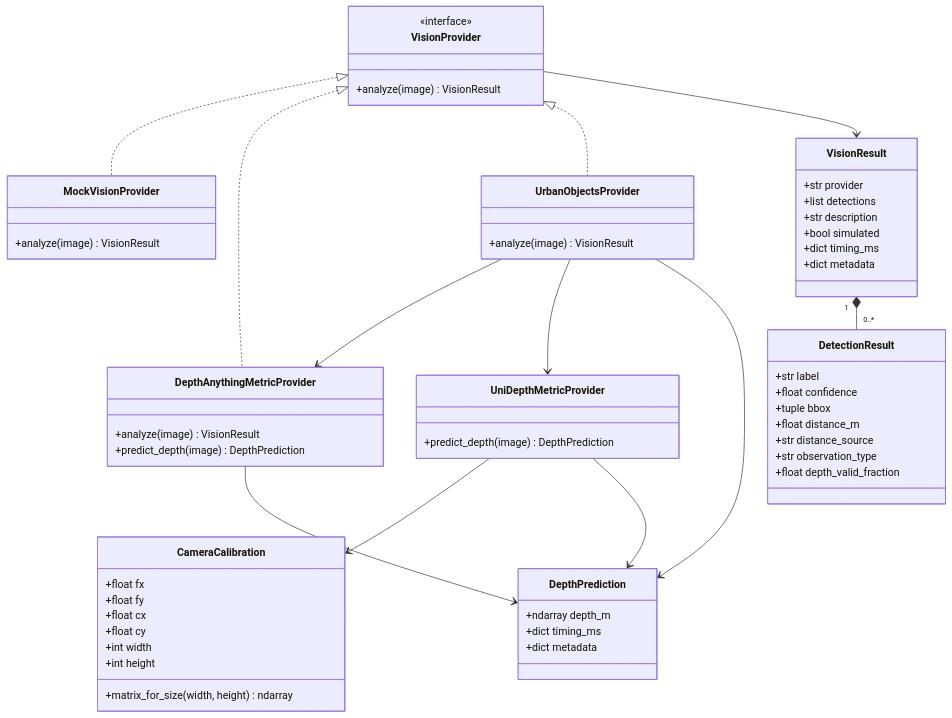
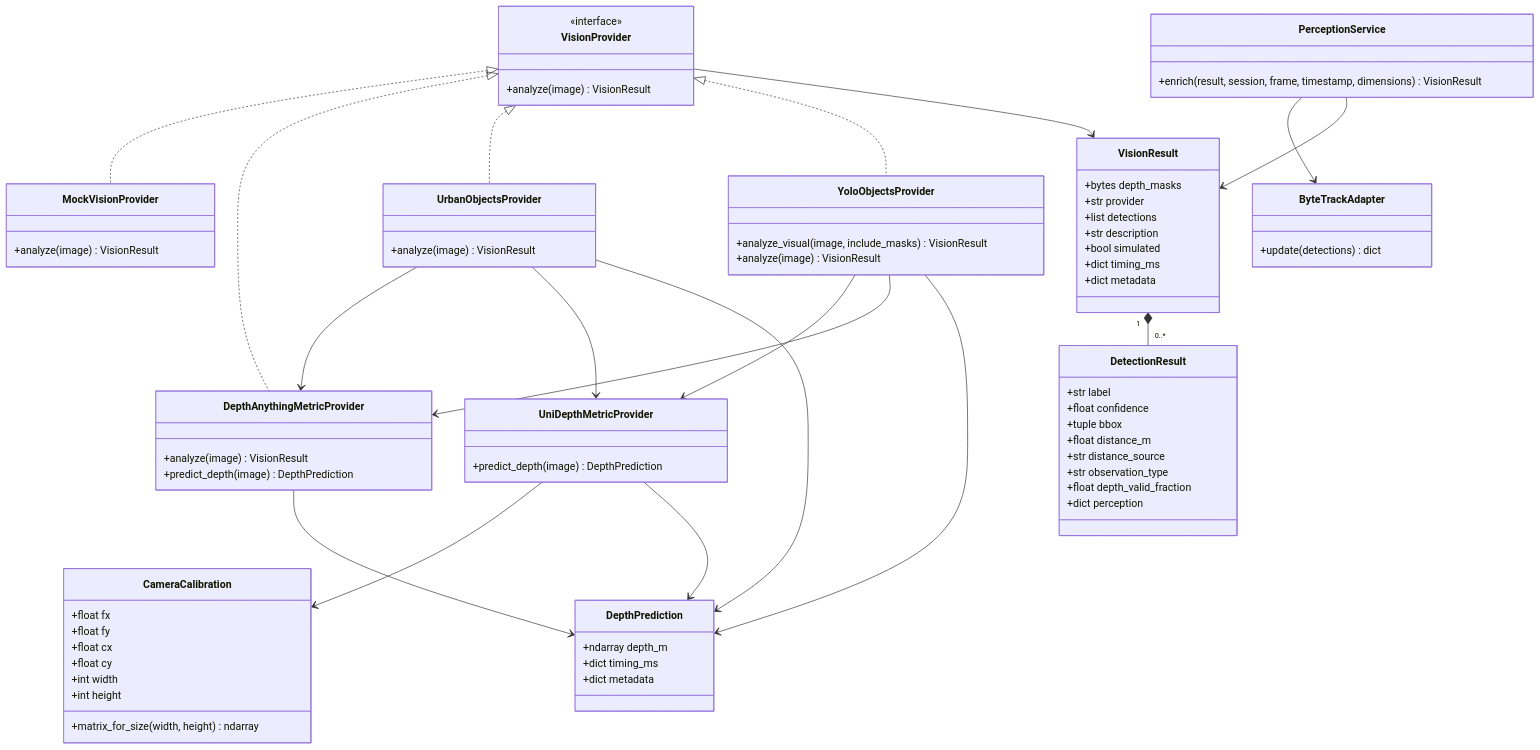
Before and after one commit to Mindsept/Looki--Vision: the diagram in docs/diagrams/05-classes-vision.mmd, drawn with Mermaid. The commit also changed 75 other files, not shown here.

Commit message:
feat(vision): add live urban tracking and visual proximity alerts

```diff
--- a/docs/diagrams/05-classes-vision.mmd
+++ b/docs/diagrams/05-classes-vision.mmd
@@ -1,61 +1,79 @@
 %% LOOKi - diagramme détaillé dans ../04-vision-et-proximite.md
 classDiagram
     class VisionProvider {
         <<interface>>
         +analyze(image) VisionResult
     }
     class MockVisionProvider {
         +analyze(image) VisionResult
     }
     class DepthAnythingMetricProvider {
         +analyze(image) VisionResult
         +predict_depth(image) DepthPrediction
     }
     class UrbanObjectsProvider {
+        +analyze(image) VisionResult
+    }
+    class YoloObjectsProvider {
+        +analyze_visual(image, include_masks) VisionResult
         +analyze(image) VisionResult
     }
     class UniDepthMetricProvider {
         +predict_depth(image) DepthPrediction
     }
     class DepthPrediction {
         +ndarray depth_m
         +dict timing_ms
         +dict metadata
     }
     class CameraCalibration {
         +float fx
         +float fy
         +float cx
         +float cy
         +int width
         +int height
         +matrix_for_size(width, height) ndarray
     }
     class VisionResult {
+        +bytes depth_masks
         +str provider
         +list detections
         +str description
         +bool simulated
         +dict timing_ms
         +dict metadata
     }
     class DetectionResult {
         +str label
         +float confidence
         +tuple bbox
         +float distance_m
         +str distance_source
         +str observation_type
         +float depth_valid_fraction
+        +dict perception
     }
     VisionProvider <|.. MockVisionProvider
     VisionProvider <|.. DepthAnythingMetricProvider
     VisionProvider <|.. UrbanObjectsProvider
+    VisionProvider <|.. YoloObjectsProvider
+    YoloObjectsProvider --> UniDepthMetricProvider
+    YoloObjectsProvider --> DepthAnythingMetricProvider
+    YoloObjectsProvider --> DepthPrediction
     UrbanObjectsProvider --> DepthAnythingMetricProvider
     UrbanObjectsProvider --> UniDepthMetricProvider
     UniDepthMetricProvider --> CameraCalibration
     UniDepthMetricProvider --> DepthPrediction
     DepthAnythingMetricProvider --> DepthPrediction
     UrbanObjectsProvider --> DepthPrediction
     VisionProvider --> VisionResult
     VisionResult "1" *-- "0..*" DetectionResult
+    class PerceptionService {
+        +enrich(result, session, frame, timestamp, dimensions) VisionResult
+    }
+    class ByteTrackAdapter {
+        +update(detections) dict
+    }
+    PerceptionService --> ByteTrackAdapter
+    PerceptionService --> VisionResult
```
